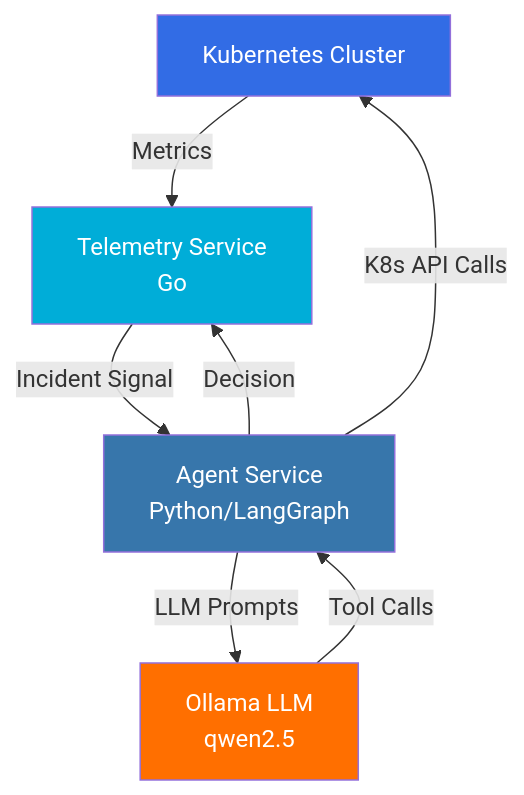
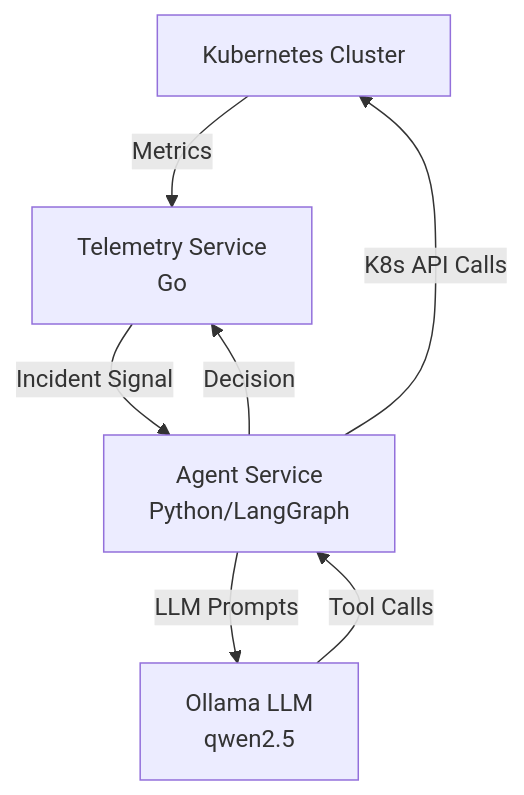
One commit to Mohamedaslam227/Agentic-Logs-Analyzer changed the first of 4 diagrams in README.md. Above: the diagram before and after it, drawn with Mermaid. The commit also changed other lines of this file and 2 other files, not shown here.

First line of the commit message:
docs: Update READMEs with diagrams, remove emojis, and add project services

````diff
--- a/README.md
+++ b/README.md
@@ -13,19 +13,14 @@
 ```mermaid
 graph TB
     K8S[Kubernetes Cluster]
     TS[Telemetry Service<br/>Go]
     AS[Agent Service<br/>Python/LangGraph]
     OL[Ollama LLM<br/>qwen2.5]
     
     K8S -->|Metrics| TS
     TS -->|Incident Signal| AS
     AS -->|LLM Prompts| OL
     OL -->|Tool Calls| AS
     AS -->|K8s API Calls| K8S
     AS -->|Decision| TS
-    
-    style K8S fill:#326ce5,color:#fff
-    style TS fill:#00ADD8,color:#fff
-    style AS fill:#3776ab,color:#fff
-    style OL fill:#ff6f00,color:#fff
 ```
````
